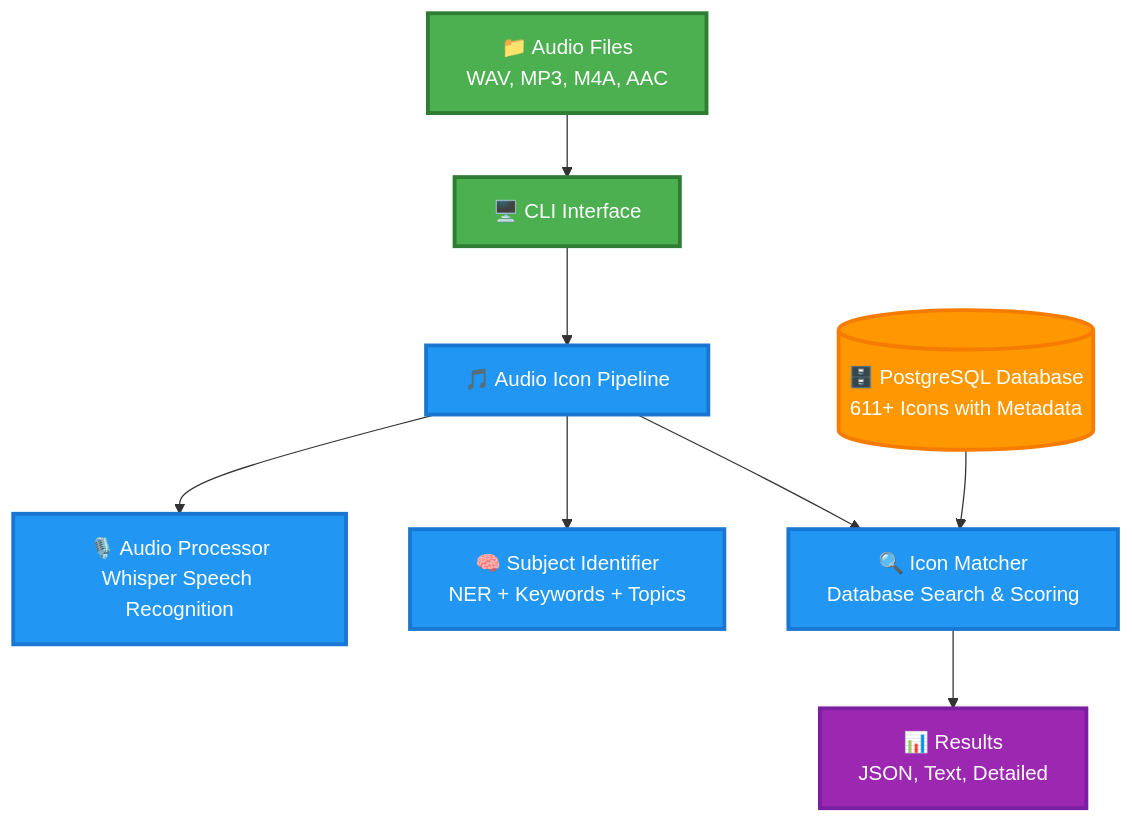
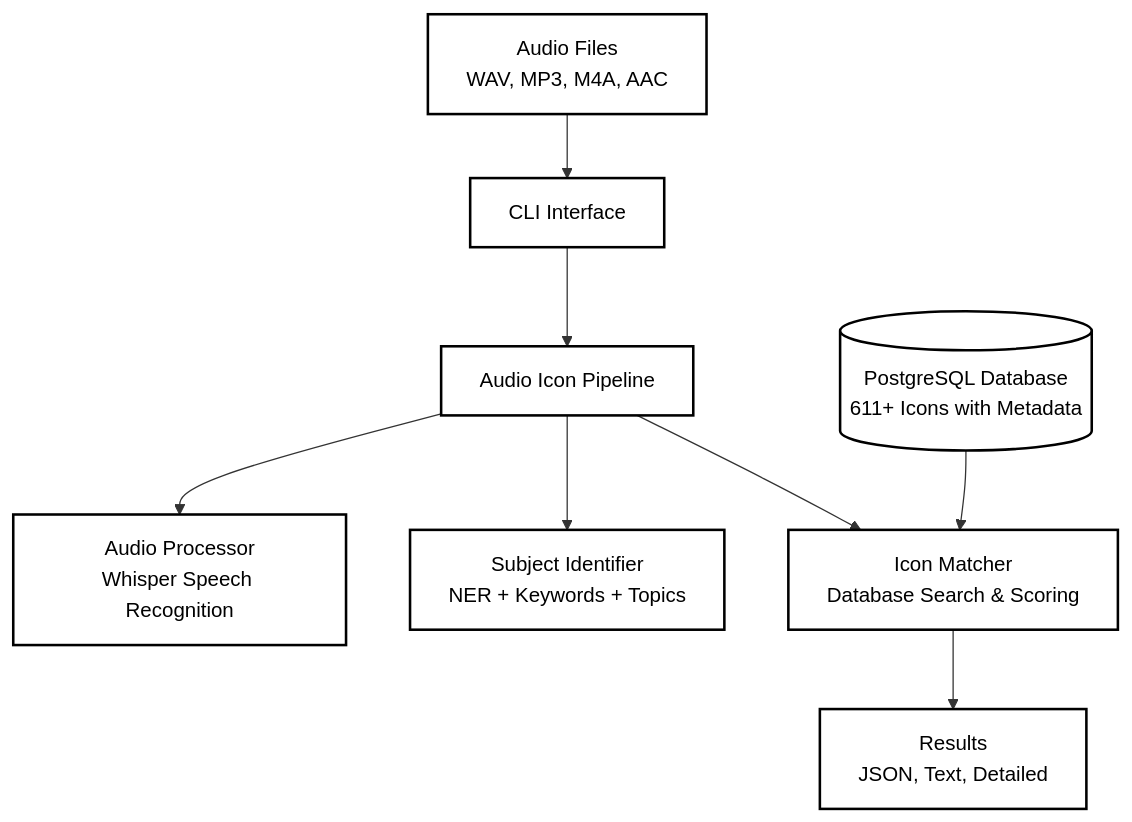
One commit to spryify/story-curator changed the first of 3 diagrams in docs/architecture.md. Above: the diagram before and after it, drawn with Mermaid. The commit also changed other lines of this file, not shown here.

Commit message:
docs: Refine architecture documentation for clarity and consistency in component descriptions

````diff
--- a/docs/architecture.md
+++ b/docs/architecture.md
@@ -106,30 +106,24 @@
 ```mermaid
 flowchart TD
     %% Input
-    A[📁 Audio Files<br/>WAV, MP3, M4A, AAC] --> B[🖥️ CLI Interface]
+    A[Audio Files<br/>WAV, MP3, M4A, AAC] --> B[CLI Interface]
     
     %% Main Pipeline
-    B --> C[🎵 Audio Icon Pipeline]
+    B --> C[Audio Icon Pipeline]
     
     %% Core Processing
-    C --> D[🎙️ Audio Processor<br/>Whisper Speech Recognition]
-    C --> E[🧠 Subject Identifier<br/>NER + Keywords + Topics]
-    C --> F[🔍 Icon Matcher<br/>Database Search & Scoring]
+    C --> D[Audio Processor<br/>Whisper Speech Recognition]
+    C --> E[Subject Identifier<br/>NER + Keywords + Topics]
+    C --> F[Icon Matcher<br/>Database Search & Scoring]
     
     %% Data Storage
-    G[(🗄️ PostgreSQL Database<br/>611+ Icons with Metadata)] --> F
+    G[(PostgreSQL Database<br/>611+ Icons with Metadata)] --> F
     
     %% Output
-    F --> H[📊 Results<br/>JSON, Text, Detailed]
+    F --> H[Results<br/>JSON, Text, Detailed]
     
-    %% Styling for better visibility
-    classDef inputNode fill:#4CAF50,stroke:#2E7D32,stroke-width:3px,color:#fff
-    classDef processNode fill:#2196F3,stroke:#1976D2,stroke-width:3px,color:#fff
-    classDef dataNode fill:#FF9800,stroke:#F57C00,stroke-width:3px,color:#fff
-    classDef outputNode fill:#9C27B0,stroke:#7B1FA2,stroke-width:3px,color:#fff
+    %% Clean black and white styling
+    classDef default fill:#fff,stroke:#000,stroke-width:2px,color:#000
     
-    class A,B inputNode
-    class C,D,E,F processNode
-    class G dataNode
-    class H outputNode
+    class A,B,C,D,E,F,G,H default
 ```
````
